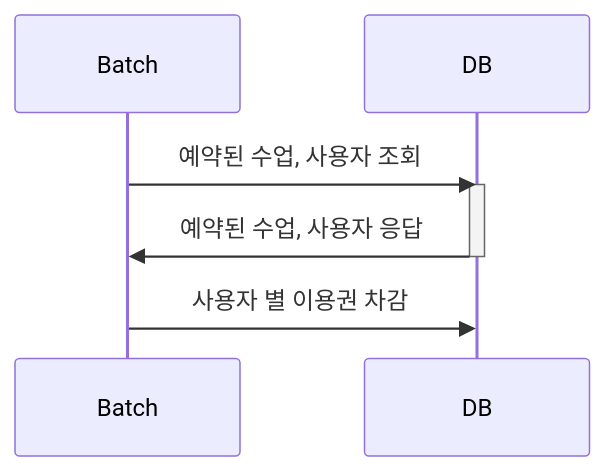
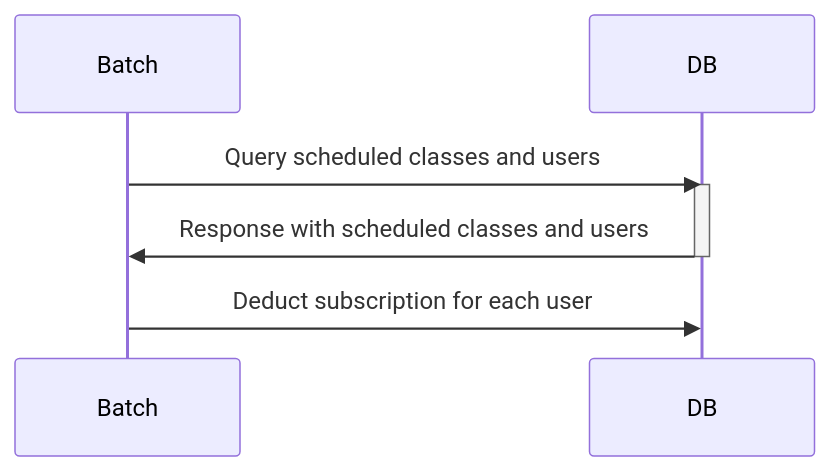
Before and after one commit to KyleKim107/ticket-batch: the fourth of 4 diagrams in README.md, drawn with Mermaid. The commit also changed other lines of this file, not shown here.

````diff
--- a/README.md
+++ b/README.md
@@ -68,10 +71,11 @@
 ```mermaid
 sequenceDiagram
     participant Batch
     participant DB
-    Batch->>DB: 예약된 수업, 사용자 조회
+    Batch->>DB: Query scheduled classes and users
     activate DB
-    DB->>Batch: 예약된 수업, 사용자 응답
+    DB->>Batch: Response with scheduled classes and users
     deactivate DB
-    Batch->>DB: 사용자 별 이용권 차감
+    Batch->>DB: Deduct subscription for each user
+
 ```
````
